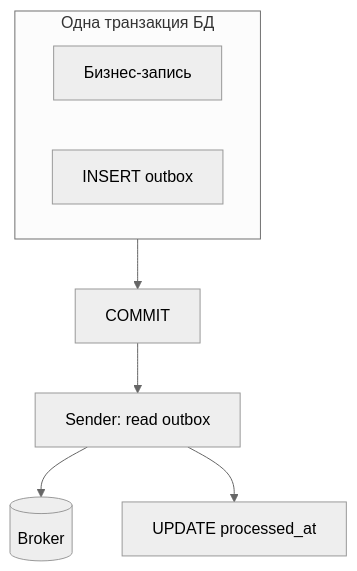
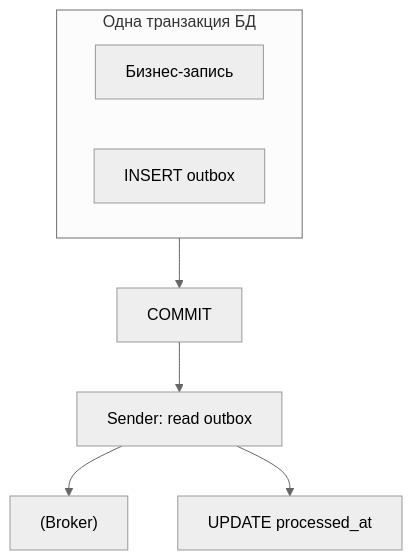
Before and after one commit to DDoSKudya/ai-study-atlas: the fifth of 5 diagrams in directions/services/celery/pact/18_integraciya_s_django/11_18_18_2_tranzaktsii_i_publikatsiya_zadach.md, drawn with Mermaid (neutral theme). The commit also changed other lines of this file and 322 other files, not shown here.

Commit message:
fix(docs): make mermaid diagrams GitHub-compatible across directions content

````diff
--- a/directions/services/celery/pact/18_integraciya_s_django/11_18_18_2_tranzaktsii_i_publikatsiya_zadach.md
+++ b/directions/services/celery/pact/18_integraciya_s_django/11_18_18_2_tranzaktsii_i_publikatsiya_zadach.md
@@ -519,11 +519,11 @@
 ```mermaid
 flowchart TB
   subgraph tx["Одна транзакция БД"]
-    B[Бизнес-запись]
-    O[INSERT outbox]
+    B["Бизнес-запись"]
+    O["INSERT outbox"]
   end
-  tx --> C[COMMIT]
-  C --> F[Sender: read outbox]
-  F --> BR[(Broker)]
-  F --> U[UPDATE processed_at]
+  tx --> C["COMMIT"]
+  C --> F["Sender: read outbox"]
+  F --> BR["(Broker)"]
+  F --> U["UPDATE processed_at"]
 ```
````
